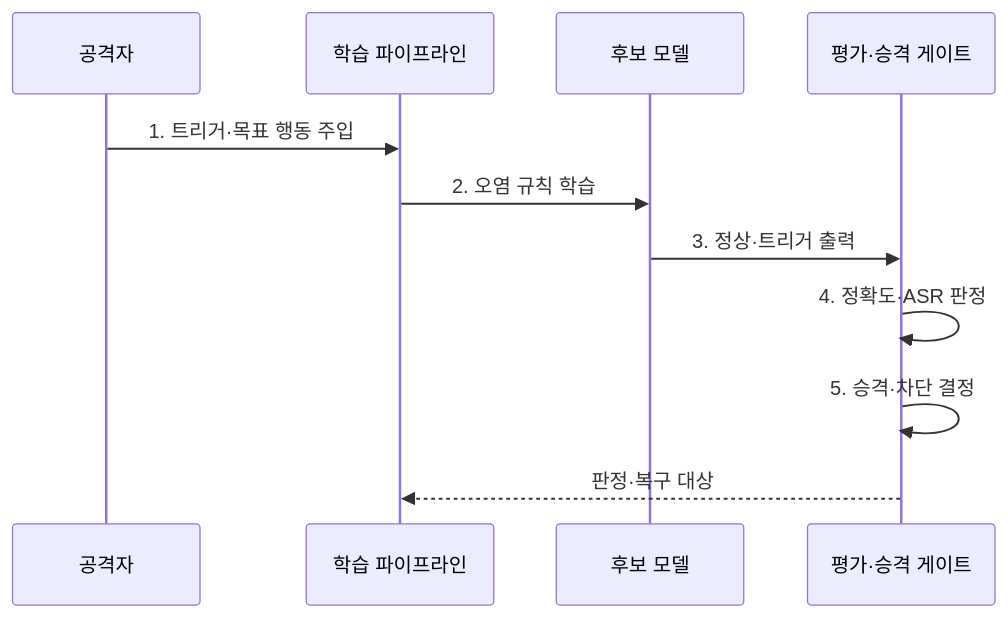
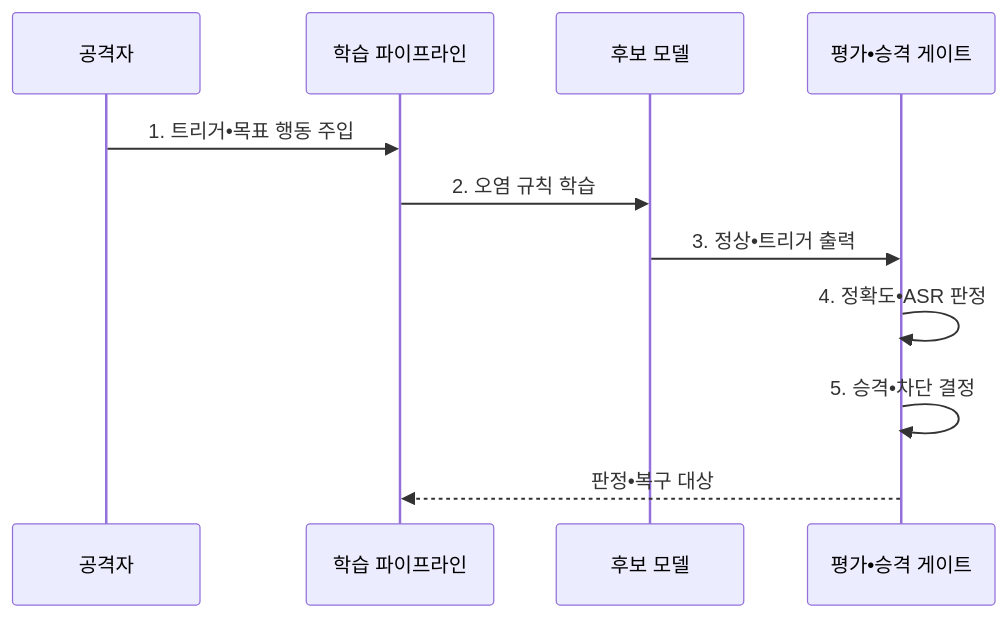
Before and after one commit to agnusdei1207/knowledge-base: the second of 2 diagrams in src/content/docs/notes/05-security/085_backdoor_attack.md, drawn with Mermaid. The commit also changed other lines of this file and 953 other files, not shown here.

````diff
--- a/src/content/docs/notes/05-security/085_backdoor_attack.md
+++ b/src/content/docs/notes/05-security/085_backdoor_attack.md
@@ -98,13 +98,13 @@
 ```mermaid
 sequenceDiagram
     participant A as 공격자
     participant P as 학습 파이프라인
     participant M as 후보 모델
-    participant G as 평가·승격 게이트
-    A->>P: 1. 트리거·목표 행동 주입
+    participant G as 평가•승격 게이트
+    A->>P: 1. 트리거•목표 행동 주입
     P->>M: 2. 오염 규칙 학습
-    M->>G: 3. 정상·트리거 출력
-    G->>G: 4. 정확도·ASR 판정
-    G->>G: 5. 승격·차단 결정
-    G-->>P: 판정·복구 대상
+    M->>G: 3. 정상•트리거 출력
+    G->>G: 4. 정확도•ASR 판정
+    G->>G: 5. 승격•차단 결정
+    G-->>P: 판정•복구 대상
 ```
````
